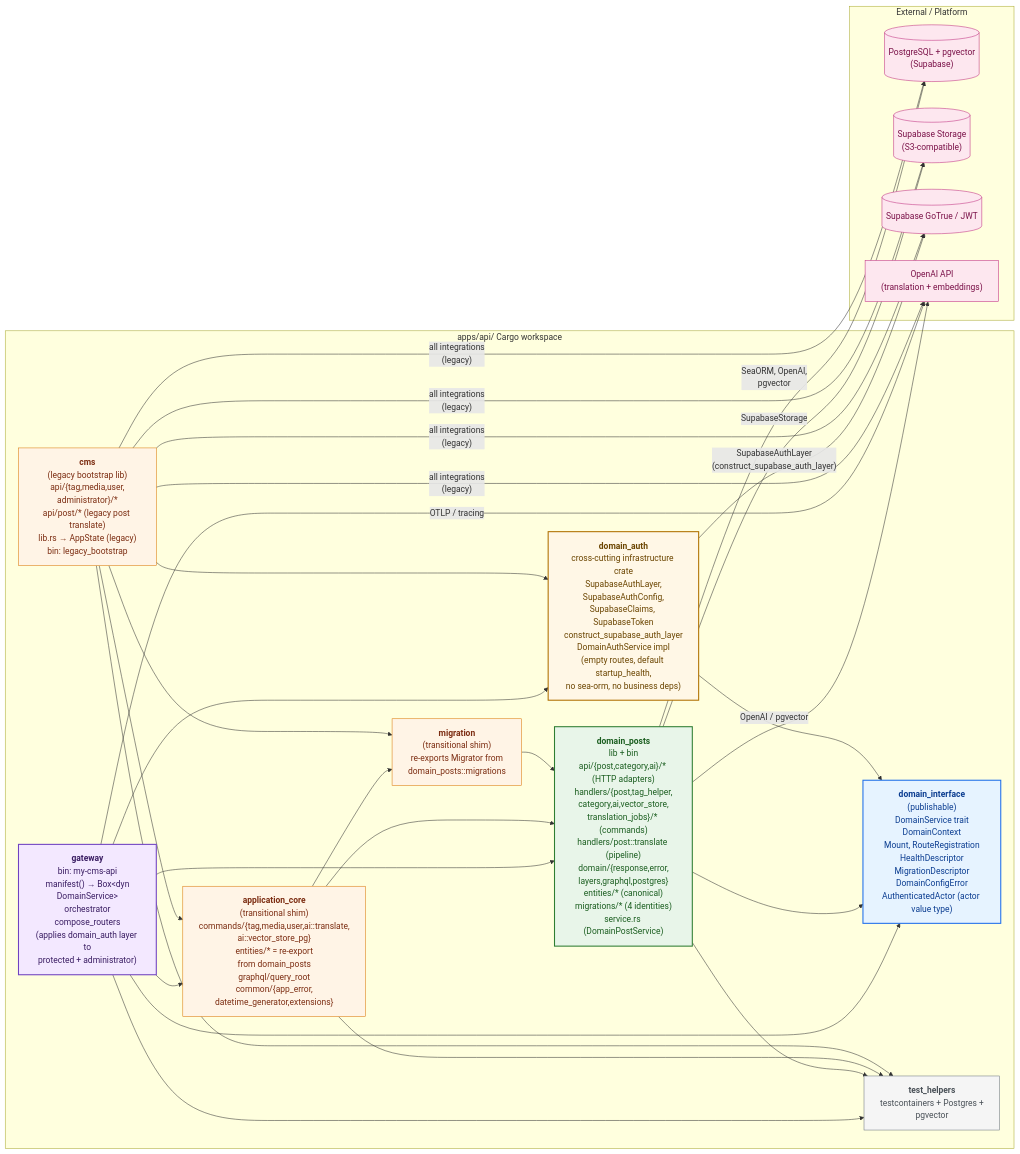
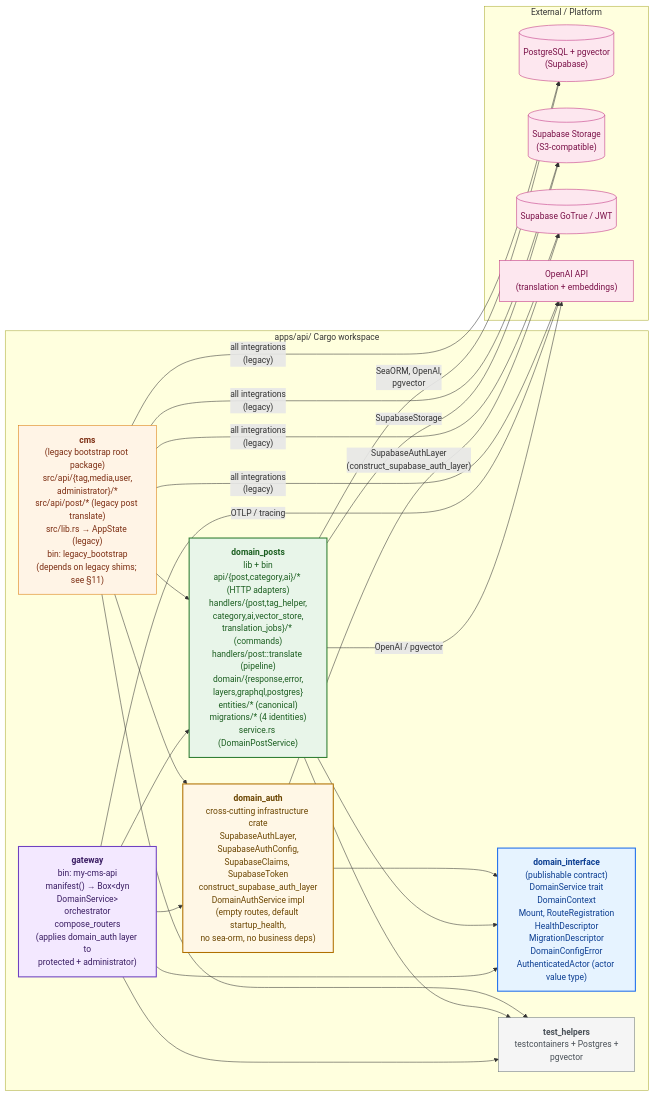
The first of 10 diagrams in docs/api-architecture.md (doitsu2014/my-cms), drawn with Mermaid before and after one commit. The commit also changed other lines of this file and 27 other files, not shown here.

First line of the commit message:
feat(posts): merge GraphQL into posts domain

````diff
--- a/docs/api-architecture.md
+++ b/docs/api-architecture.md
@@ -7,68 +9,58 @@
 ```mermaid
 graph LR
     subgraph ws["apps/api/  Cargo workspace"]
-        DI["<b>domain_interface</b><br/>(publishable)<br/>DomainService trait<br/>DomainContext<br/>Mount, RouteRegistration<br/>HealthDescriptor<br/>MigrationDescriptor<br/>DomainConfigError<br/>AuthenticatedActor (actor value type)"]
+        DI["<b>domain_interface</b><br/>(publishable contract)<br/>DomainService trait<br/>DomainContext<br/>Mount, RouteRegistration<br/>HealthDescriptor<br/>MigrationDescriptor<br/>DomainConfigError<br/>AuthenticatedActor (actor value type)"]
         DA["<b>domain_auth</b><br/>cross-cutting infrastructure crate<br/>SupabaseAuthLayer,<br/>SupabaseAuthConfig,<br/>SupabaseClaims, SupabaseToken<br/>construct_supabase_auth_layer<br/>DomainAuthService impl<br/>(empty routes, default startup_health,<br/>no sea-orm, no business deps)"]
         DP["<b>domain_posts</b><br/>lib + bin<br/>api/{post,category,ai}/* (HTTP adapters)<br/>handlers/{post,tag_helper,<br/>category,ai,vector_store,<br/>translation_jobs}/* (commands)<br/>handlers/post::translate (pipeline)<br/>domain/{response,error,<br/>layers,graphql,postgres}<br/>entities/* (canonical)<br/>migrations/* (4 identities)<br/>service.rs (DomainPostService)"]
         GW["<b>gateway</b><br/>bin: my-cms-api<br/>manifest() → Box&lt;dyn<br/>DomainService&gt;<br/>orchestrator<br/>compose_routers<br/>(applies domain_auth layer to<br/>protected + administrator)"]
-        AC["<b>application_core</b><br/>(transitional shim)<br/>commands/{tag,media,user,ai::translate,<br/>ai::vector_store_pg}<br/>entities/* = re-export<br/>from domain_posts<br/>graphql/query_root<br/>common/{app_error,<br/>datetime_generator,extensions}"]
-        MIG["<b>migration</b><br/>(transitional shim)<br/>re-exports Migrator from<br/>domain_posts::migrations"]
         TH["<b>test_helpers</b><br/>testcontainers + Postgres +<br/>pgvector"]
-        CMS["<b>cms</b><br/>(legacy bootstrap lib)<br/>api/{tag,media,user,<br/>administrator}/*<br/>api/post/* (legacy post translate)<br/>lib.rs → AppState (legacy)<br/>bin: legacy_bootstrap"]
+        CMS["<b>cms</b><br/>(legacy bootstrap root package)<br/>src/api/{tag,media,user,<br/>administrator}/*<br/>src/api/post/* (legacy post translate)<br/>src/lib.rs → AppState (legacy)<br/>bin: legacy_bootstrap<br/>(depends on legacy shims; see §11)"]
     end
 
     subgraph ext["External / Platform"]
         DB[("PostgreSQL + pgvector<br/>(Supabase)")]
         STORE[("Supabase Storage<br/>(S3-compatible)")]
         AUTH[("Supabase GoTrue / JWT")]
         OAI["OpenAI API<br/>(translation + embeddings)"]
     end
 
     GW --> DI
     GW --> DP
     GW --> DA
-    GW --> AC
     GW --> TH
 
     DP --> DI
     DP --> TH
 
     DA --> DI
 
-    AC --> MIG
-    AC --> TH
-    AC --> DP
-
-    MIG --> DP
-
-    CMS --> AC
-    CMS --> MIG
+    CMS --> DA
     CMS --> TH
-    CMS --> DA
+    CMS --> DP
 
     DP -- "SeaORM, OpenAI,<br/>pgvector" --> DB
     DP -- "OpenAI / pgvector" --> OAI
     DP -- "SupabaseStorage" --> STORE
     DA -- "SupabaseAuthLayer<br/>(construct_supabase_auth_layer)" --> AUTH
     GW -- "OTLP / tracing" --> OAI
     CMS -- "all integrations<br/>(legacy)" --> DB
     CMS -- "all integrations<br/>(legacy)" --> STORE
     CMS -- "all integrations<br/>(legacy)" --> AUTH
     CMS -- "all integrations<br/>(legacy)" --> OAI
 
     classDef contract fill:#e6f3ff,stroke:#1f6feb,stroke-width:2px,color:#0b3d91
     classDef domain fill:#e8f5e9,stroke:#2e7d32,stroke-width:2px,color:#1b5e20
     classDef infra fill:#fff7e6,stroke:#b07000,stroke-width:2px,color:#6b4500
     classDef gateway fill:#f3e8ff,stroke:#6f42c1,stroke-width:2px,color:#3a1d63
     classDef shim fill:#fff4e6,stroke:#d97706,stroke-width:1px,color:#7c2d12
     classDef ext fill:#fde7ef,stroke:#bf2c7e,stroke-width:1px,color:#7a1148
     classDef helper fill:#f5f5f5,stroke:#6c757d,stroke-width:1px,color:#495057
 
     class DI contract
     class DP domain
     class DA infra
     class GW gateway
-    class AC,MIG,CMS shim
+    class CMS shim
     class TH helper
     class DB,STORE,AUTH,OAI ext
 ```
````
